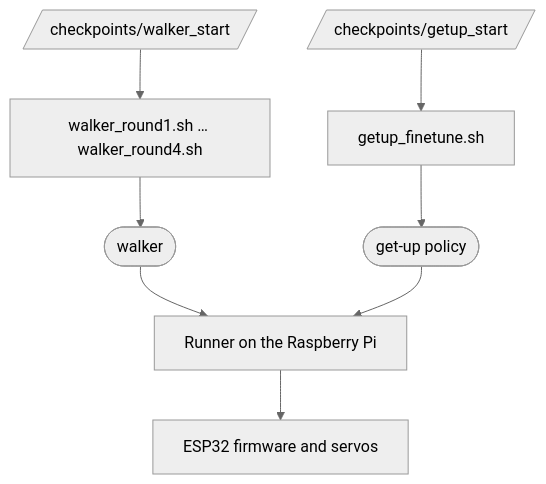
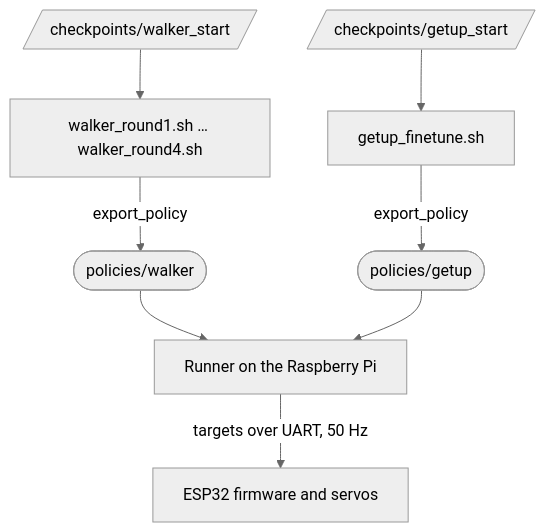
Before and after one commit to mangdang-bam/mini_pupper_4_recovery: the diagram in README.md, drawn with Mermaid (neutral theme). The commit also changed other lines of this file and 13 other files, not shown here.

First line of the commit message:
README, robot guide, training guide and policy contract for the fine-tuned walker and get-up

````diff
--- a/README.md
+++ b/README.md
@@ -25,8 +21,10 @@
 ```mermaid
 flowchart TB
-  WS[/"checkpoints/walker_start"/] --> W1["walker_round1.sh … walker_round4.sh"] --> B(["walker"])
-  GS[/"checkpoints/getup_start"/] --> G1["getup_finetune.sh"] --> G(["get-up policy"])
-  B --> R["Runner on the Raspberry Pi"]
-  G --> R
-  R --> E["ESP32 firmware and servos"]
+  walkerStart[/"checkpoints/walker_start"/] --> walkerRounds["walker_round1.sh … walker_round4.sh"]
+  walkerRounds -- export_policy --> walker(["policies/walker"])
+  getupStart[/"checkpoints/getup_start"/] --> getupFinetune["getup_finetune.sh"]
+  getupFinetune -- export_policy --> getup(["policies/getup"])
+  walker --> runner["Runner on the Raspberry Pi"]
+  getup --> runner
+  runner -- "targets over UART, 50 Hz" --> firmware["ESP32 firmware and servos"]
 ```
````
